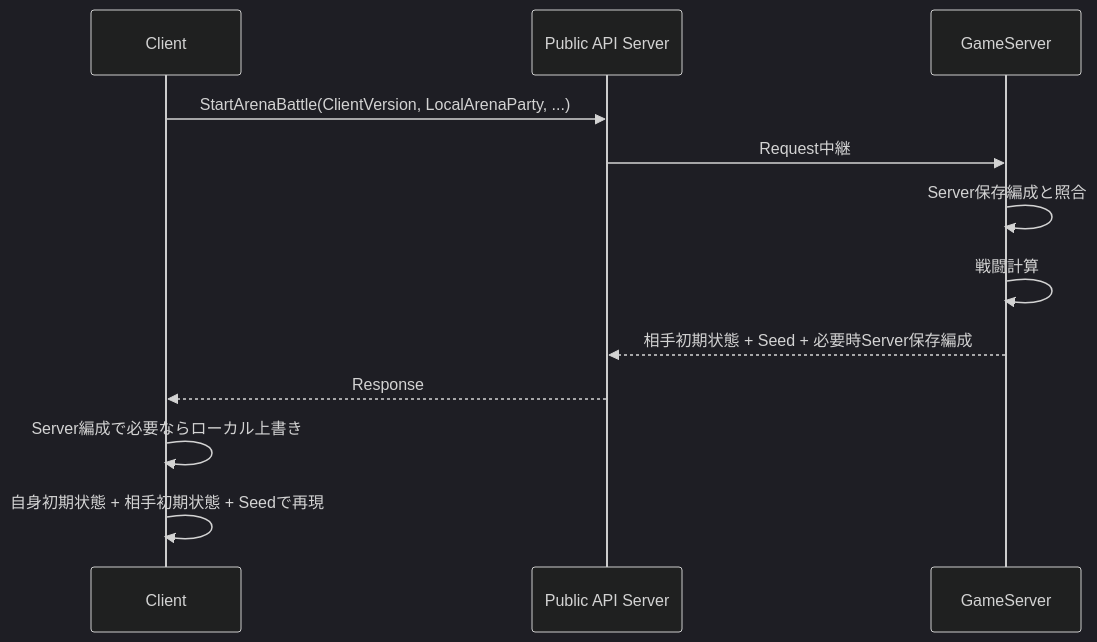
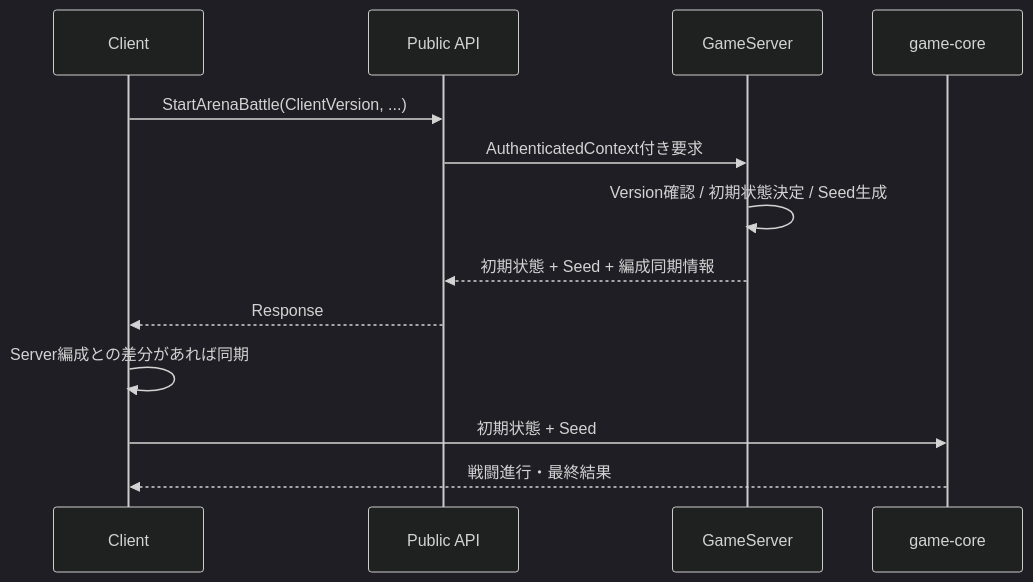
One commit to ReHydrangeaOdyssey/Specifications changed the second of 3 diagrams in design/programming/client/client.md. Above: the diagram before and after it, drawn with Mermaid (dark theme). The commit also changed other lines of this file and 35 other files, not shown here.

````diff
--- a/design/programming/client/client.md
+++ b/design/programming/client/client.md
@@ -65,15 +67,16 @@
 ```mermaid
 sequenceDiagram
-    participant Client
-    participant PublicAPI as Public API Server
-    participant GameServer
+    participant C as Client
+    participant P as Public API
+    participant G as GameServer
+    participant Core as game-core
 
-    Client->>PublicAPI: StartArenaBattle(ClientVersion, LocalArenaParty, ...)
-    PublicAPI->>GameServer: Request中継
-    GameServer->>GameServer: Server保存編成と照合
-    GameServer->>GameServer: 戦闘計算
-    GameServer-->>PublicAPI: 相手初期状態 + Seed + 必要時Server保存編成
-    PublicAPI-->>Client: Response
-    Client->>Client: Server編成で必要ならローカル上書き
-    Client->>Client: 自身初期状態 + 相手初期状態 + Seedで再現
+    C->>P: StartArenaBattle(ClientVersion, ...)
+    P->>G: AuthenticatedContext付き要求
+    G->>G: Version確認 / 初期状態決定 / Seed生成
+    G-->>P: 初期状態 + Seed + 編成同期情報
+    P-->>C: Response
+    C->>C: Server編成との差分があれば同期
+    C->>Core: 初期状態 + Seed
+    Core-->>C: 戦闘進行・最終結果
 ```
````
